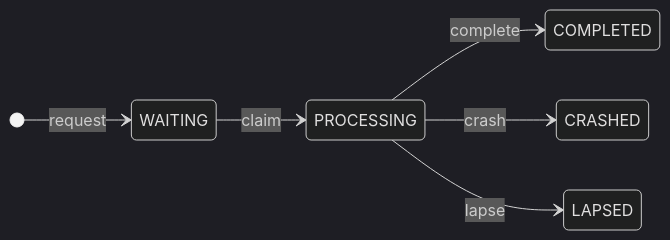
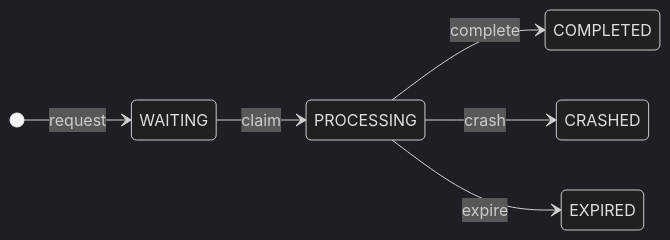
The third of 3 diagrams in docs/Terminology.md (mattias-p/zonemaster-backend), drawn with Mermaid (dark theme) before and after one commit. The commit also changed other lines of this file, not shown here.

````diff
--- a/docs/Terminology.md
+++ b/docs/Terminology.md
@@ -122,10 +125,10 @@
 ```mermaid
 stateDiagram-v2
 direction LR
 
 [*] --> WAITING: request
 WAITING --> PROCESSING: claim
 PROCESSING --> COMPLETED: complete
 PROCESSING --> CRASHED: crash
-PROCESSING --> LAPSED: lapse
+PROCESSING --> EXPIRED: expire
 ```
````
